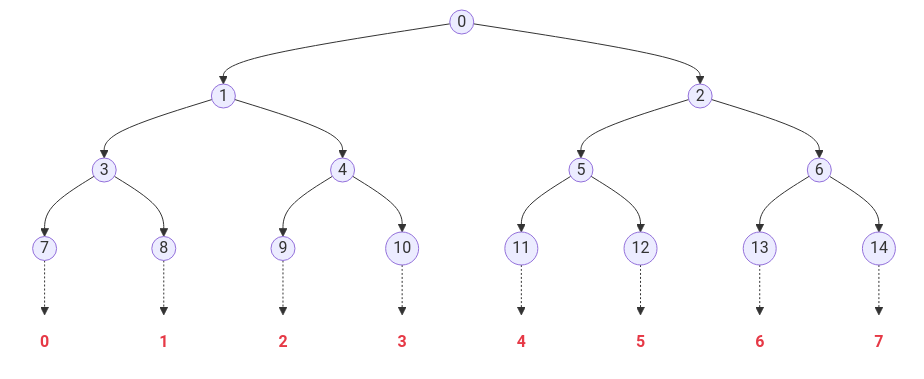
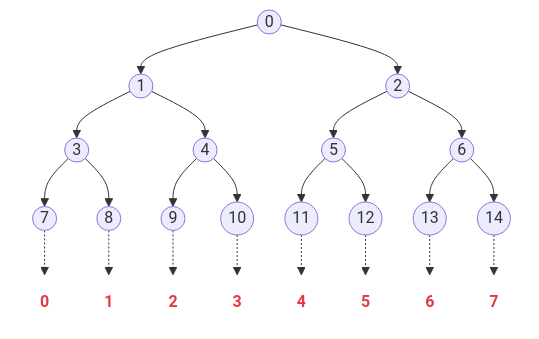
The diagram in slides.md (coperlm/group-meetings), drawn with Mermaid before and after one commit. The commit also changed other lines of this file, not shown here.

````diff
--- a/slides.md
+++ b/slides.md
@@ -212,27 +214,22 @@
 ```mermaid
+%%{init: {'flowchart': {'nodeSpacing': -5, 'rankSpacing': 40}}}%%
 graph TD
     n0((0)) --> n1((1))
     n0((0)) --> n2((2))
     n1((1)) --> n3((3))
     n1((1)) --> n4((4))
     n2((2)) --> n5((5))
     n2((2)) --> n6((6))
     n3((3)) --> n7((7))
     n3((3)) --> n8((8))
     n4((4)) --> n9((9))
     n4((4)) --> n10((10))
     n5((5)) --> n11((11))
     n5((5)) --> n12((12))
     n6((6)) --> n13((13))
     n6((6)) --> n14((14))
-    n7 -.-> idx0[0]
-    n8 -.-> idx1[1]
-    n9 -.-> idx2[2]
-    n10 -.-> idx3[3]
-    n11 -.-> idx4[4]
-    n12 -.-> idx5[5]
-    n13 -.-> idx6[6]
-    n14 -.-> idx7[7]
+    n7-.->idx0[0];n8-.->idx1[1];n9-.->idx2[2];n10-.->idx3[3]
+    n11-.->idx4[4];n12-.->idx5[5];n13-.->idx6[6];n14-.->idx7[7]
     classDef labelStyle fill:none,stroke:none,font-weight:bold,color:#e63946;
     class idx0,idx1,idx2,idx3,idx4,idx5,idx6,idx7 labelStyle;
 ```
````
